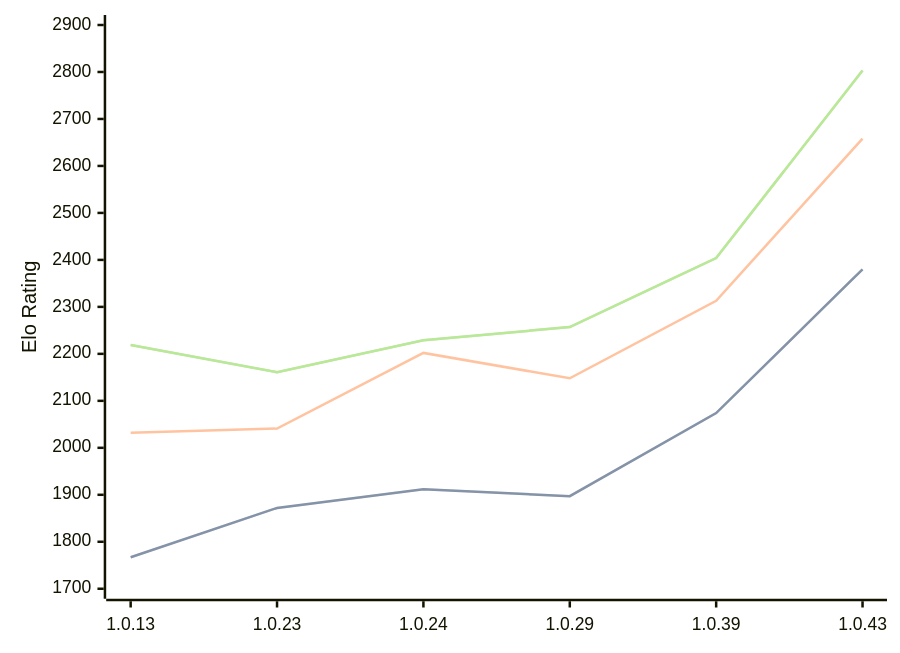
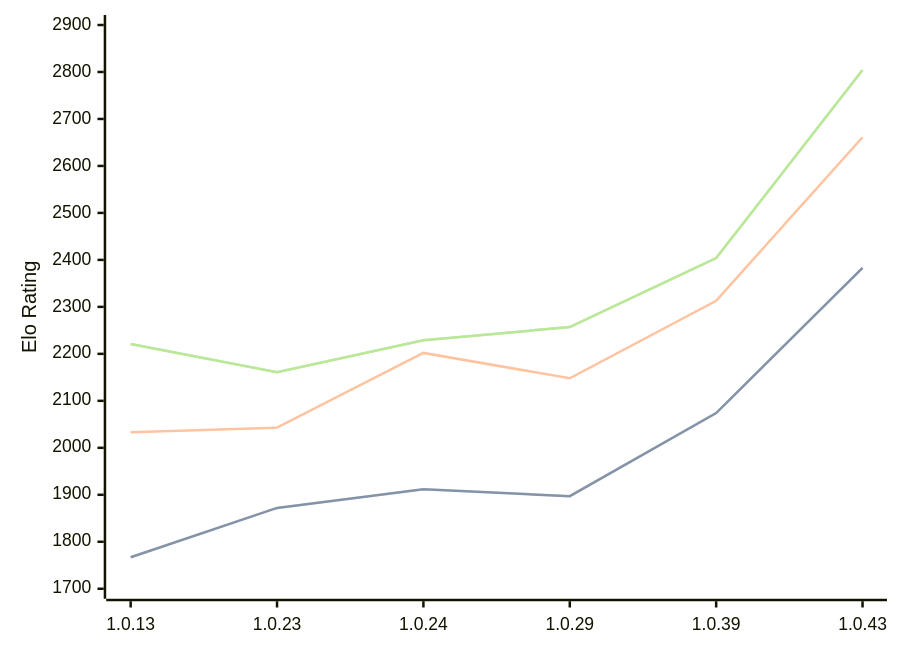
The third of 3 diagrams in engines/RustyRival.md (computer-chess-index/cci), drawn with Mermaid before and after one commit. The commit also changed other lines of this file, not shown here.

Commit message:
Update CCI Ratings (ELO VLTC) - 2026-06-22

````diff
--- a/engines/RustyRival.md
+++ b/engines/RustyRival.md
@@ -101,11 +101,11 @@
 ```mermaid
 %%{init: {"theme":"base","themeVariables":{"seriesColors:['#a3a3a3','#222221','#faa371']}}}%%
 xychart-beta
   x-axis ["1.0.13", "1.0.23", "1.0.24", "1.0.29", "1.0.39", "1.0.43"]
   y-axis "Elo Rating" 1700 --> 2900
-  line "STC (8.0+0.08s)" [1767, 1872, 1912, 1897, 2074, 2380]
-  line "STC (8.0+0.08s)" [1767, 1872, 1912, 1897, 2074, 2380]
-  line "LTC (60.0+0.60s)" [2032, 2041, 2202, 2148, 2313, 2658]
-  line "VLTC (2m24s+1.12s)" [2219, 2161, 2229, 2257, 2404, 2803]
-  line "VLTC (2m24s+1.12s)" [2219, 2161, 2229, 2257, 2404, 2803]
+  line "STC (8.0+0.08s)" [1767, 1872, 1912, 1897, 2074, 2383]
+  line "STC (8.0+0.08s)" [1767, 1872, 1912, 1897, 2074, 2383]
+  line "LTC (60.0+0.60s)" [2033, 2043, 2202, 2148, 2313, 2661]
+  line "VLTC (2m24s+1.12s)" [2221, 2161, 2229, 2257, 2404, 2804]
+  line "VLTC (2m24s+1.12s)" [2221, 2161, 2229, 2257, 2404, 2804]
 ```
````
